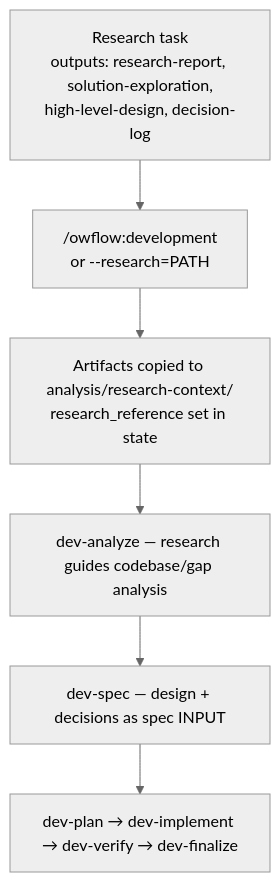
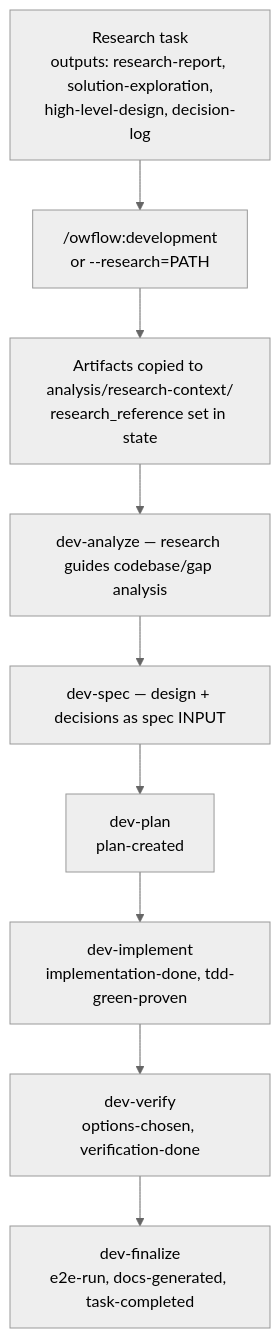
The fifth of 5 diagrams in docs/workflows.md (palucdev/owflow), drawn with Mermaid (neutral theme) before and after one commit. The commit also changed other lines of this file and 39 other files, not shown here.

Commit message:
Review remarks - wording and diagrams

````diff
--- a/docs/workflows.md
+++ b/docs/workflows.md
@@ -115,8 +117,11 @@
 ```mermaid
 flowchart TD
     R["Research task<br/>outputs: research-report, solution-exploration,<br/>high-level-design, decision-log"] --> D["/owflow:development <research-path><br/>or --research=PATH"]
     D --> Copy["Artifacts copied to analysis/research-context/<br/>research_reference set in state"]
     Copy --> A["dev-analyze — research guides codebase/gap analysis"]
     A --> S["dev-spec — design + decisions as spec INPUT"]
-    S --> Rest["dev-plan → dev-implement → dev-verify → dev-finalize"]
+    S --> P["dev-plan<br/>plan-created"]
+    P --> I["dev-implement<br/>implementation-done, tdd-green-proven"]
+    I --> V["dev-verify<br/>options-chosen, verification-done"]
+    V --> F["dev-finalize<br/>e2e-run, docs-generated, task-completed"]
 ```
````
